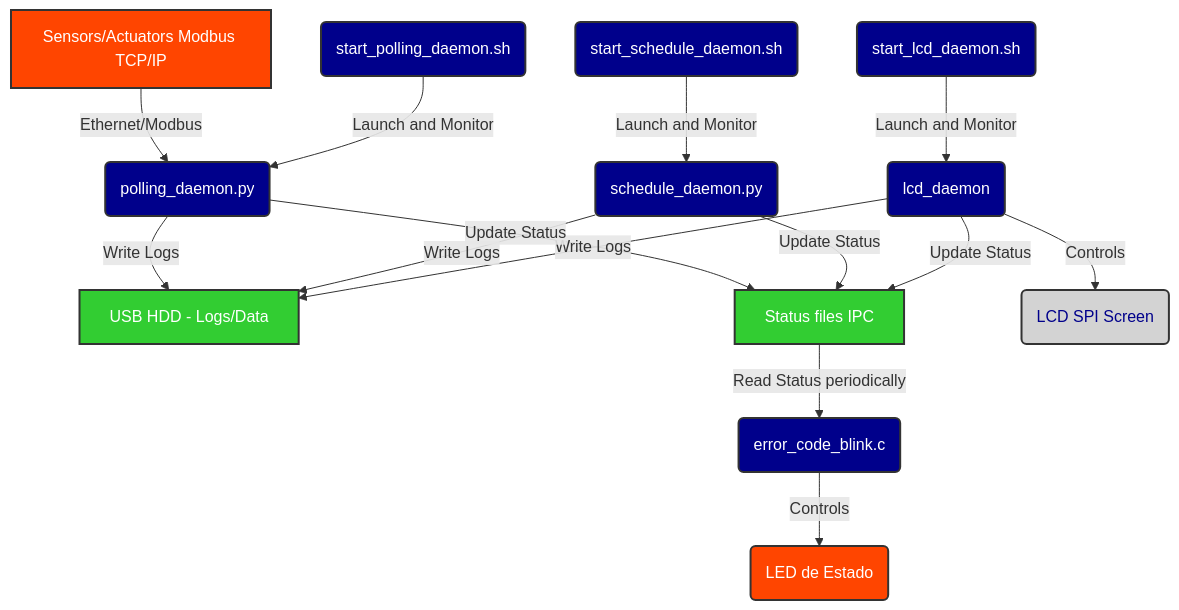
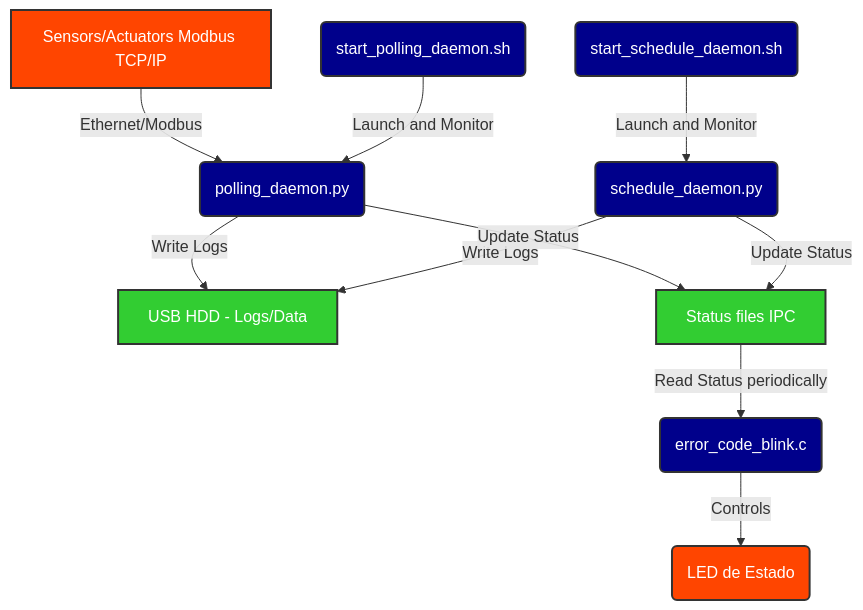
The diagram in docs/README.md (AritzElge/ELI_galileo), drawn with Mermaid before and after one commit. The commit also changed other lines of this file and 9 other files, not shown here.

````diff
--- a/docs/README.md
+++ b/docs/README.md
@@ -21,54 +20,45 @@
 ```mermaid
 graph TD
     %% Define the external systems
     A[Sensors/Actuators Modbus TCP/IP]
     
     %% Define the software components (Daemons and Scripts)
     D(start_polling_daemon.sh)
     E(start_schedule_daemon.sh)
-    F(start_lcd_daemon.sh)
     
     G(polling_daemon.py)
     H(schedule_daemon.py)
-    I(lcd_daemon)
     J(error_code_blink.c)
     
     %% Define hardware resources and IPC
     K[USB HDD - Logs/Data] 
     L[Status files IPC]
     M(LED de Estado)
-    N(LCD SPI Screen)
 
     %% Define data flow
     A -- Ethernet/Modbus --> G
 
     G -- Write Logs --> K
     H -- Write Logs --> K
-    I -- Write Logs --> K
 
     D -- Launch and Monitor --> G
     E -- Launch and Monitor --> H
-    F -- Launch and Monitor --> I
+
     
     G -- Update Status --> L
     H -- Update Status --> L
-    I -- Update Status --> L
     
     L -- Read Status periodically --> J
     J -- Controls --> M
-    I -- Controls --> N
 
     %% Styles
     style A fill:#FF4500,stroke:#333,stroke-width:2px,color:#FFFFFF
     style D fill:#00008B,stroke:#333,stroke-width:2px,color:#FFFFFF
     style E fill:#00008B,stroke:#333,stroke-width:2px,color:#FFFFFF
-    style F fill:#00008B,stroke:#333,stroke-width:2px,color:#FFFFFF
     style G fill:#00008B,stroke:#333,stroke-width:2px,color:#FFFFFF
     style H fill:#00008B,stroke:#333,stroke-width:2px,color:#FFFFFF
-    style I fill:#00008B,stroke:#333,stroke-width:2px,color:#FFFFFF
     style J fill:#00008B,stroke:#333,stroke-width:2px,color:#FFFFFF
     style K fill:#32CD32,stroke:#333,stroke-width:2px,color:#FFFFFF
     style L fill:#32CD32,stroke:#333,stroke-width:2px,color:#FFFFFF
     style M fill:#FF4500,stroke:#333,stroke-width:2px,color:#FFFFFF
-    style N fill:#D3D3D3,stroke:#333,stroke-width:2px,color:#00008B
 ```
````
